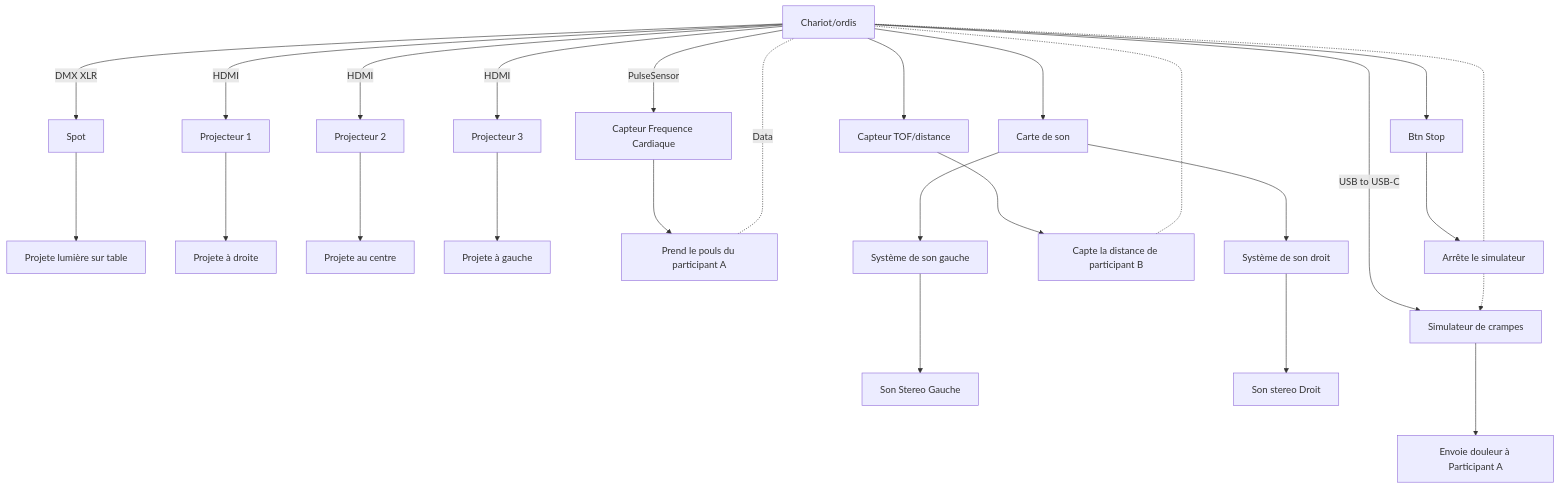
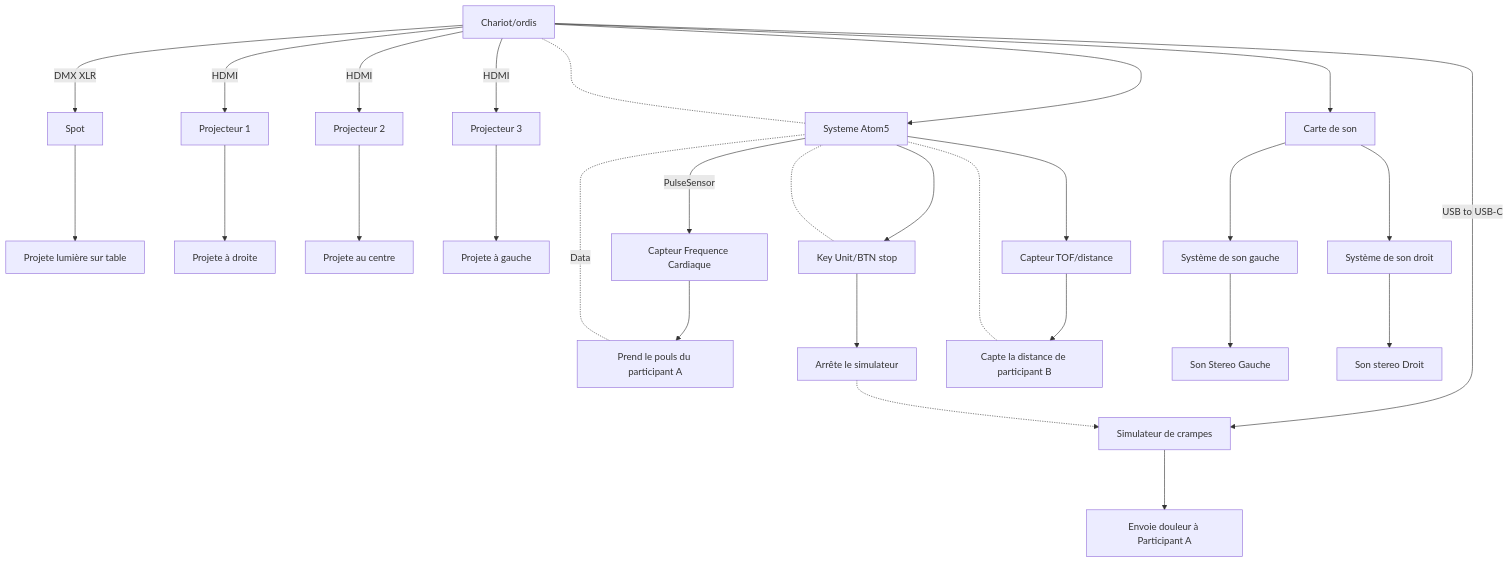
Before and after one commit to KenzaElHarrif/scenarisation_kenza: the second of 2 diagrams in README.md, drawn with Mermaid.

````diff
--- a/README.md
+++ b/README.md
@@ -191,40 +191,43 @@
 ```mermaid
 graph TD;
+    
     A[Chariot/ordis]--->|DMX XLR|B[Spot];
     B--->C[Projete lumière sur table];
+    A---> D[Systeme Atom5];
+    D -.- A;
 
-    A[Chariot/ordis]--->|HDMI|D[Projecteur 1];
-    D--->E[Projete à droite];
+    A--->|HDMI|E[Projecteur 1];
+    E--->F[Projete à droite];
 
-    A[Chariot/ordis]--->|HDMI|F[Projecteur 2];
-    F--->G[Projete au centre];
+    A--->|HDMI|G[Projecteur 2];
+    G--->H[Projete au centre];
 
-    A[Chariot/ordis]--->|HDMI|H[Projecteur 3];
-    H--->I[Projete à gauche];
+    A--->|HDMI|I[Projecteur 3];
+    I--->J[Projete à gauche];
 
-    A[Chariot/ordis]--->|PulseSensor|J[Capteur Frequence Cardiaque];
-    J--->K[Prend le pouls du participant A];
-    K-.-|Data|A;
+    D--->|PulseSensor|K[Capteur Frequence Cardiaque];
+    K--->L[Prend le pouls du participant A];
+    L-.-|Data|D;
 
-    A[Chariot/ordis]--->|USB to USB-C|L[Simulateur de crampes];
-    L--->M[Envoie douleur à Participant A]
+    A--->|USB to USB-C|M[Simulateur de crampes];
+    M--->N[Envoie douleur à Participant A]
   
-    A[Chariot/ordis]--->N[Btn Stop];
-    N--->O[Arrête le simulateur]
-    O-.->L;
-    O-.-A;
+    D--->O[Key Unit/BTN stop];
+    O--->P[Arrête le simulateur]
+    P-.->M;
+    O-.-D;
 
-    A[Chariot/ordis]--->P[Capteur TOF/distance];
-    P--->Q[Capte la distance de participant B];
-    Q-.-A;
+    D--->Q[Capteur TOF/distance];
+    Q--->R[Capte la distance de participant B];
+    R-.-D;
     
-    A[Chariot/ordis]--->R[Carte de son];
-    R--->S[Système de son gauche];
-    S--->T[Son Stereo Gauche]
+    A--->S[Carte de son];
+    S--->T[Système de son gauche];
+    T--->U[Son Stereo Gauche]
 
-    R--->U[Système de son droit];
-    U--->V[Son stereo Droit];
+    S--->V[Système de son droit];
+    V--->W[Son stereo Droit];
 
    
     
 ```
````
